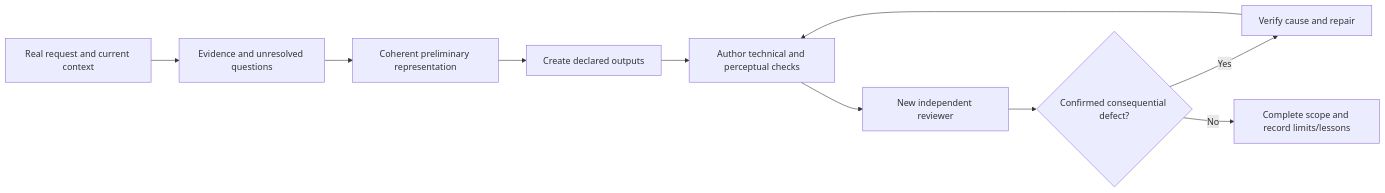
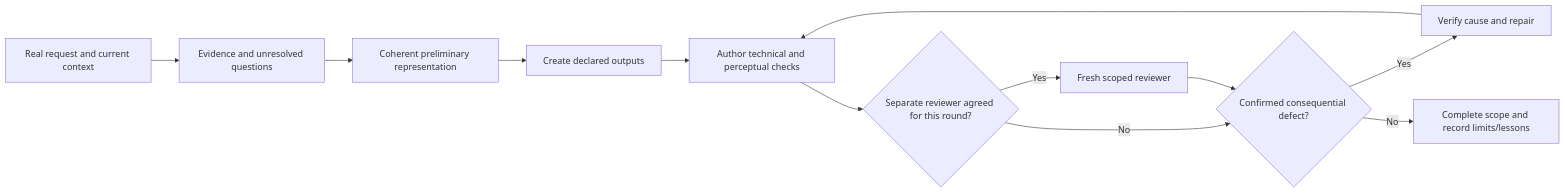
The diagram in docs/WORKFLOW_GUIDE.md (Triton556/agent-playbook), drawn with Mermaid before and after one commit. The commit also changed other lines of this file and 48 other files, not shown here.

````diff
--- a/docs/WORKFLOW_GUIDE.md
+++ b/docs/WORKFLOW_GUIDE.md
@@ -20,12 +20,14 @@
 ```mermaid
 flowchart LR
   A[Real request and current context] --> B[Evidence and unresolved questions]
   B --> C[Coherent preliminary representation]
   C --> D[Create declared outputs]
   D --> E[Author technical and perceptual checks]
-  E --> F[New independent reviewer]
-  F --> G{Confirmed consequential defect?}
+  E --> Q{Separate reviewer agreed for this round?}
+  Q -->|Yes| F[Fresh scoped reviewer]
+  Q -->|No| G{Confirmed consequential defect?}
+  F --> G
   G -->|Yes| H[Verify cause and repair]
   H --> E
   G -->|No| I[Complete scope and record limits/lessons]
 ```
````
